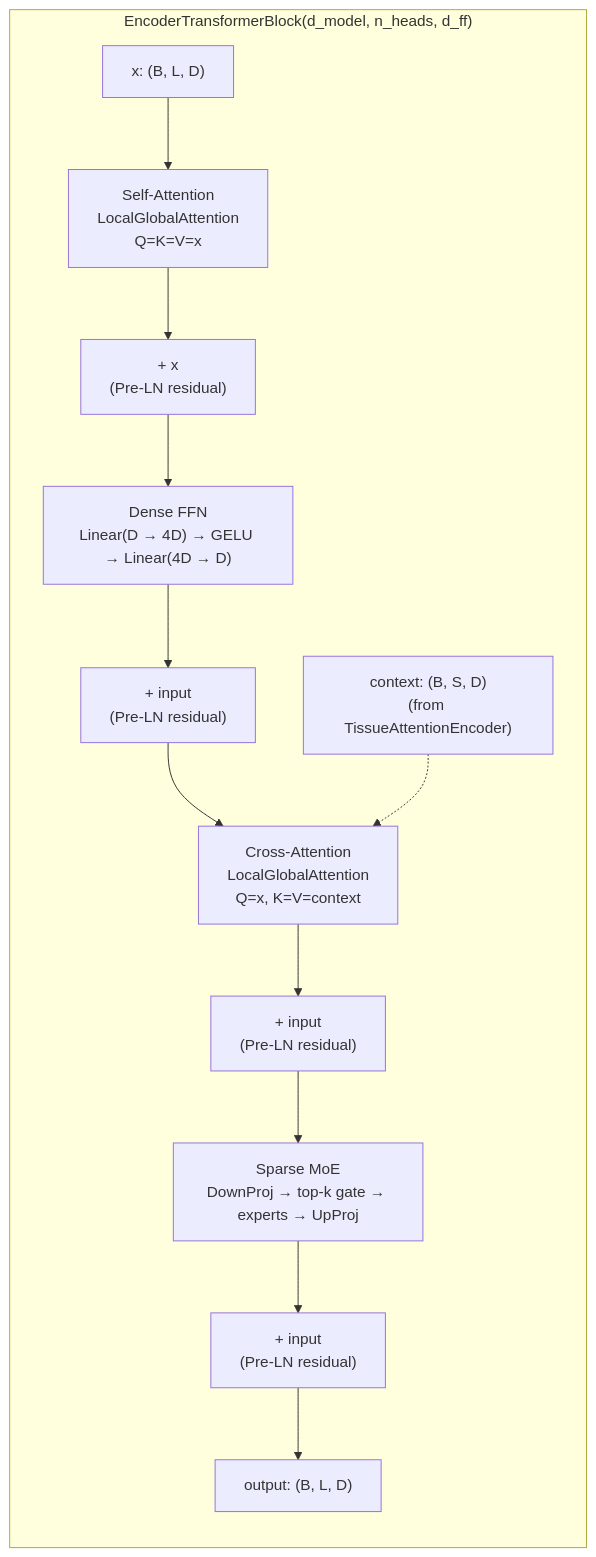
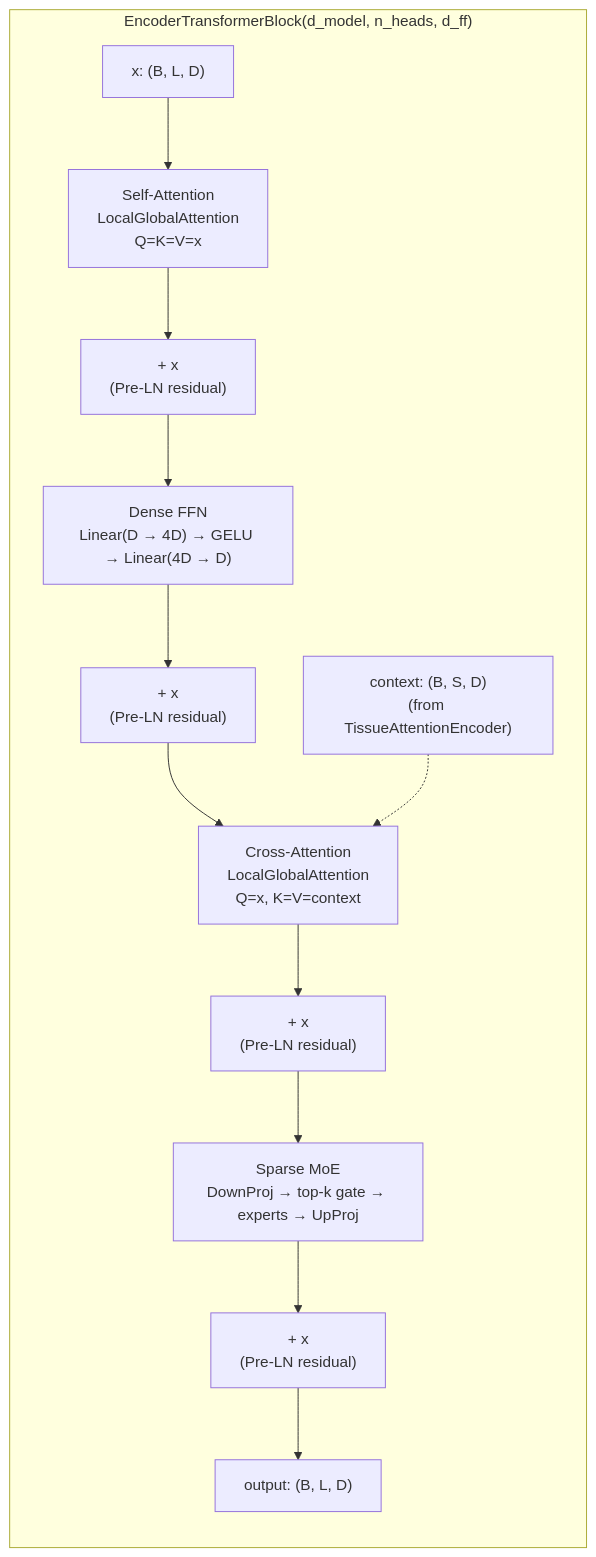
One commit to hoangtung386/Prometheus changed the sixth of 8 diagrams in docs/Architecture.md. Above: the diagram before and after it, drawn with Mermaid. The commit also changed other lines of this file, not shown here.

Commit message:
Fix remaining mermaid diagrams: add missing classes to hierarchy, fix disconnected nodes in LGA, fix residual labels in transformer block

````diff
--- a/docs/Architecture.md
+++ b/docs/Architecture.md
@@ -220,16 +252,16 @@
 ```mermaid
 flowchart LR
     subgraph Block["EncoderTransformerBlock(d_model, n_heads, d_ff)"]
         IN["x: (B, L, D)"] --> SA["Self-Attention<br/>LocalGlobalAttention<br/>Q=K=V=x"]
         SA --> SA_RES["+ x<br/>(Pre-LN residual)"]
         SA_RES --> FFN["Dense FFN<br/>Linear(D → 4D) → GELU → Linear(4D → D)"]
-        FFN --> FFN_RES["+ input<br/>(Pre-LN residual)"]
+        FFN --> FFN_RES["+ x<br/>(Pre-LN residual)"]
         FFN_RES --> CA["Cross-Attention<br/>LocalGlobalAttention<br/>Q=x, K=V=context"]
-        CA --> CA_RES["+ input<br/>(Pre-LN residual)"]
+        CA --> CA_RES["+ x<br/>(Pre-LN residual)"]
         CA_RES --> MOE["Sparse MoE<br/>DownProj → top-k gate → experts → UpProj"]
-        MOE --> MOE_RES["+ input<br/>(Pre-LN residual)"]
+        MOE --> MOE_RES["+ x<br/>(Pre-LN residual)"]
         MOE_RES --> OUT["output: (B, L, D)"]
 
         CTX["context: (B, S, D)<br/>(from TissueAttentionEncoder)"] -.-> CA
     end
 ```
````
